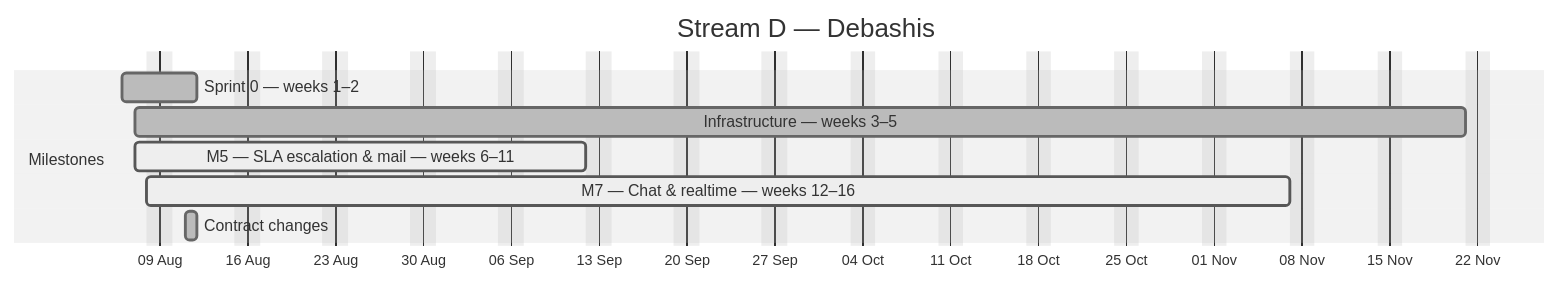
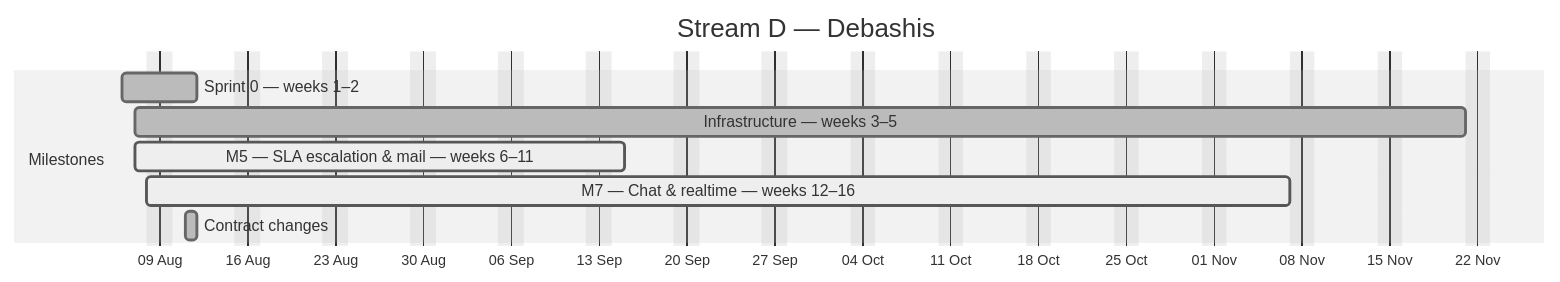
The fourth of 4 diagrams in docs/plan/GANTT.md (debashisedunext/EduTrack), drawn with Mermaid (neutral theme) before and after one commit. The commit also changed other lines of this file and 3 other files, not shown here.

````diff
--- a/docs/plan/GANTT.md
+++ b/docs/plan/GANTT.md
@@ -172,13 +172,13 @@
 ```mermaid
 gantt
     dateFormat YYYY-MM-DD
     axisFormat %d %b
     title Stream D — Debashis
     excludes weekends
     section Milestones
     Sprint 0 — weeks 1–2 :done, d0, 2026-08-06, 4d
     Infrastructure — weeks 3–5 :done, d1, 2026-08-07, 76d
-    M5 — SLA  escalation & mail — weeks 6–11 :active, d2, 2026-08-07, 26d
+    M5 — SLA  escalation & mail — weeks 6–11 :active, d2, 2026-08-07, 27d
     M7 — Chat & realtime — weeks 12–16 :active, d3, 2026-08-08, 66d
     Contract changes :done, d4, 2026-08-11, 1d
 ```
````
